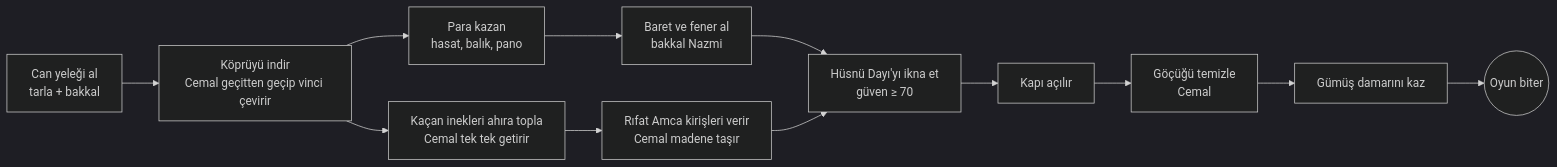
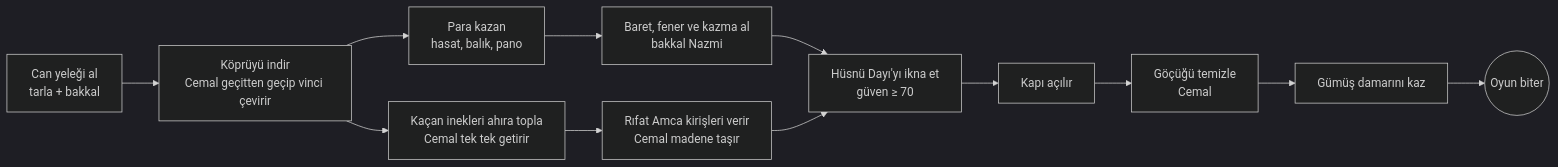
Before and after one commit to mustafayigitgenc/yazlab1-proje1: the first of 6 diagrams in README.md, drawn with Mermaid (dark theme). The commit also changed other lines of this file and 4 other files, not shown here.

````diff
--- a/README.md
+++ b/README.md
@@ -49,14 +55,14 @@
 ```mermaid
 flowchart LR
     Z[Can yeleği al<br/>tarla + bakkal] --> A
     A[Köprüyü indir<br/>Cemal geçitten geçip vinci çevirir] --> B[Para kazan<br/>hasat, balık, pano]
-    B --> C[Baret ve fener al<br/>bakkal Nazmi]
+    B --> C[Baret, fener ve kazma al<br/>bakkal Nazmi]
     A --> Y[Kaçan inekleri ahıra topla<br/>Cemal tek tek getirir]
     Y --> D[Rıfat Amca kirişleri verir<br/>Cemal madene taşır]
     C --> E[Hüsnü Dayı'yı ikna et<br/>güven ≥ 70]
     D --> E
     E --> F[Kapı açılır]
     F --> G[Göçüğü temizle<br/>Cemal]
     G --> H[Gümüş damarını kaz]
     H --> I((Oyun biter))
 ```
````
